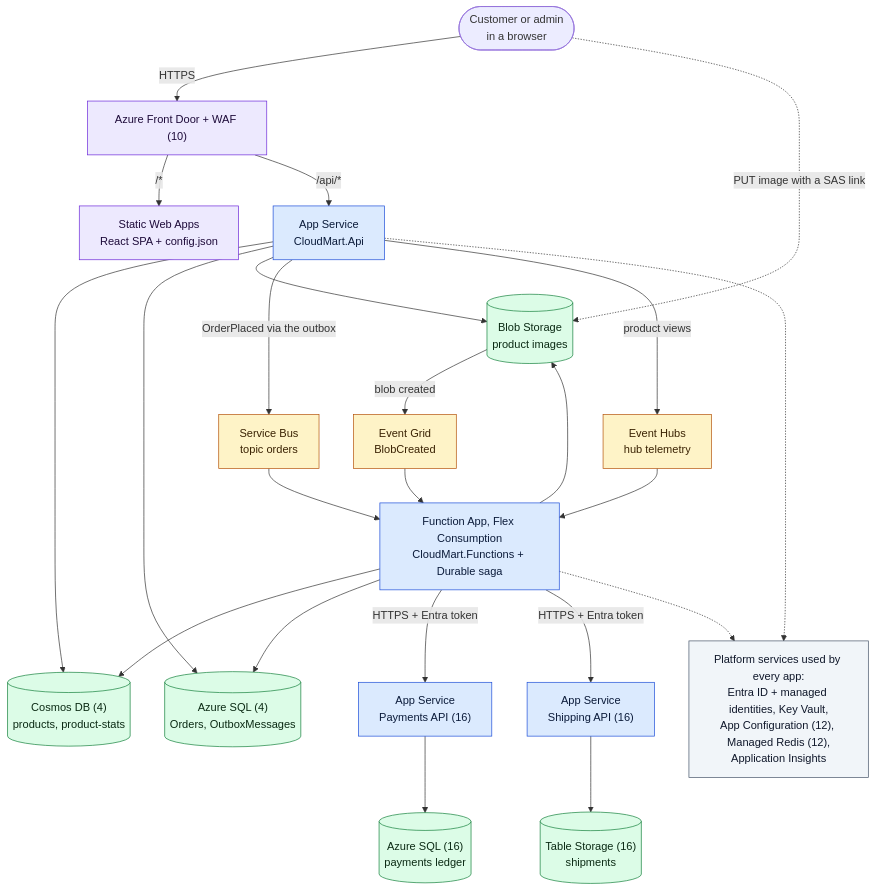
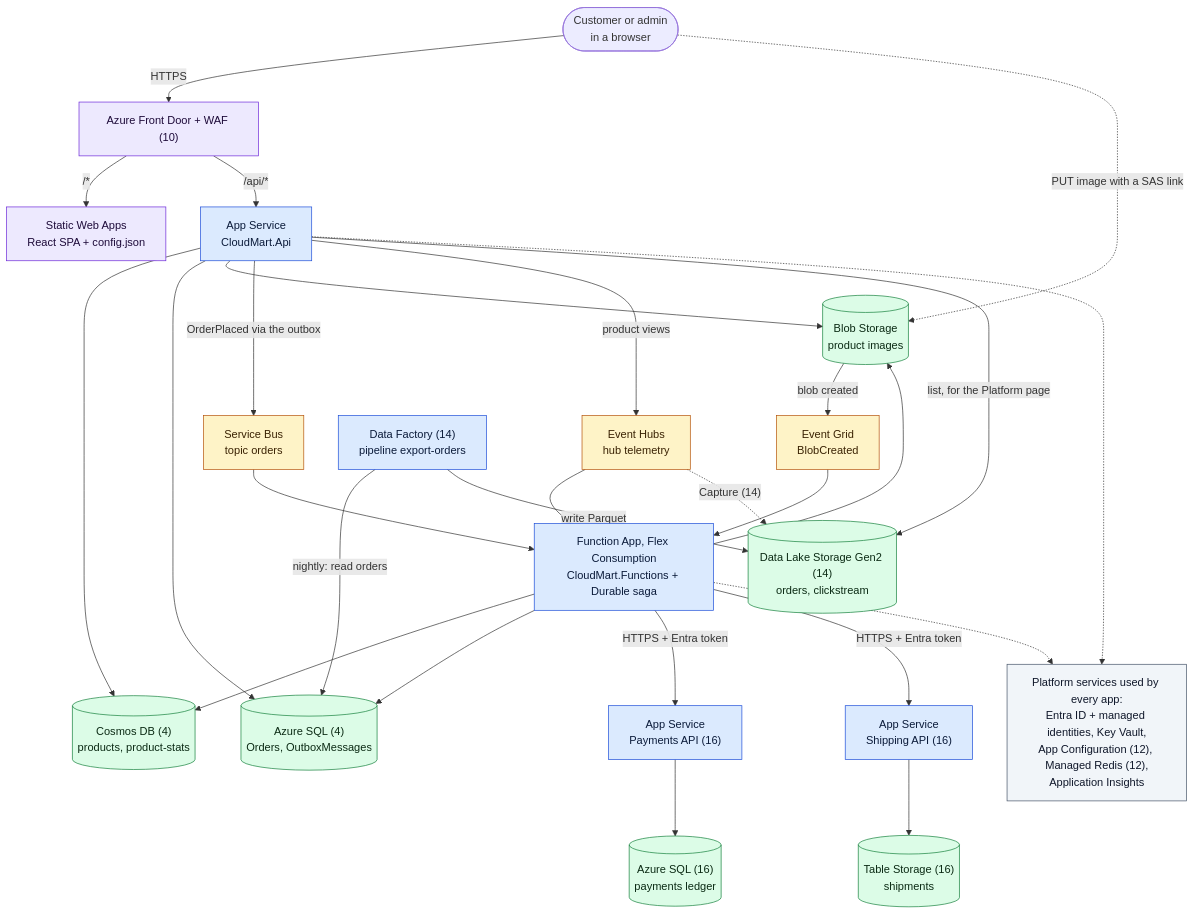
One commit to smfarooq/cloud-mart changed the first of 9 diagrams in docs/AZURE_DEVELOPMENT_GUIDE.md. Above: the diagram before and after it, drawn with Mermaid. The commit also changed other lines of this file and 16 other files, not shown here.

````diff
--- a/docs/AZURE_DEVELOPMENT_GUIDE.md
+++ b/docs/AZURE_DEVELOPMENT_GUIDE.md
@@ -1389,53 +1410,59 @@
 ```mermaid
 flowchart TB
     user(["Customer or admin<br/>in a browser"])
     fd["Azure Front Door + WAF (10)"]
     swa["Static Web Apps<br/>React SPA + config.json"]
     api["App Service<br/>CloudMart.Api"]
     sb["Service Bus<br/>topic orders"]
     eh["Event Hubs<br/>hub telemetry"]
     eg["Event Grid<br/>BlobCreated"]
     func["Function App, Flex Consumption<br/>CloudMart.Functions + Durable saga"]
     pay["App Service<br/>Payments API (16)"]
     ship["App Service<br/>Shipping API (16)"]
     cosmos[("Cosmos DB (4)<br/>products, product-stats")]
     sql[("Azure SQL (4)<br/>Orders, OutboxMessages")]
     blob[("Blob Storage<br/>product images")]
     paysql[("Azure SQL (16)<br/>payments ledger")]
     table[("Table Storage (16)<br/>shipments")]
+    adf["Data Factory (14)<br/>pipeline export-orders"]
+    lake[("Data Lake Storage Gen2 (14)<br/>orders, clickstream")]
     plat["Platform services used by every app:<br/>Entra ID + managed identities, Key Vault,<br/>App Configuration (12), Managed Redis (12),<br/>Application Insights"]
 
     user -- "HTTPS" --> fd
     fd -- "/*" --> swa
     fd -- "/api/*" --> api
     user -. "PUT image with a SAS link" .-> blob
     api --> cosmos
     api --> sql
     api --> blob
     api -- "OrderPlaced via the outbox" --> sb
     api -- "product views" --> eh
     blob -- "blob created" --> eg
     sb --> func
     eh --> func
     eg --> func
     func --> cosmos
     func --> sql
     func --> blob
     func -- "HTTPS + Entra token" --> pay
     func -- "HTTPS + Entra token" --> ship
     pay --> paysql
     ship --> table
+    adf -- "nightly: read orders" --> sql
+    adf -- "write Parquet" --> lake
+    eh -. "Capture (14)" .-> lake
+    api -- "list, for the Platform page" --> lake
     api -.-> plat
     func -.-> plat
 
     classDef compute fill:#dbeafe,stroke:#1d4ed8,color:#0b1b3a
     classDef data fill:#dcfce7,stroke:#15803d,color:#0b2a14
     classDef messaging fill:#fef3c7,stroke:#b45309,color:#3a2203
     classDef entry fill:#ede9fe,stroke:#6d28d9,color:#1e0b3a
     classDef platform fill:#f1f5f9,stroke:#475569,color:#0f172a
-    class api,func,pay,ship compute
-    class cosmos,sql,blob,paysql,table data
+    class api,func,pay,ship,adf compute
+    class cosmos,sql,blob,paysql,table,lake data
     class sb,eh,eg messaging
     class fd,swa entry
     class plat platform
 ```
````
